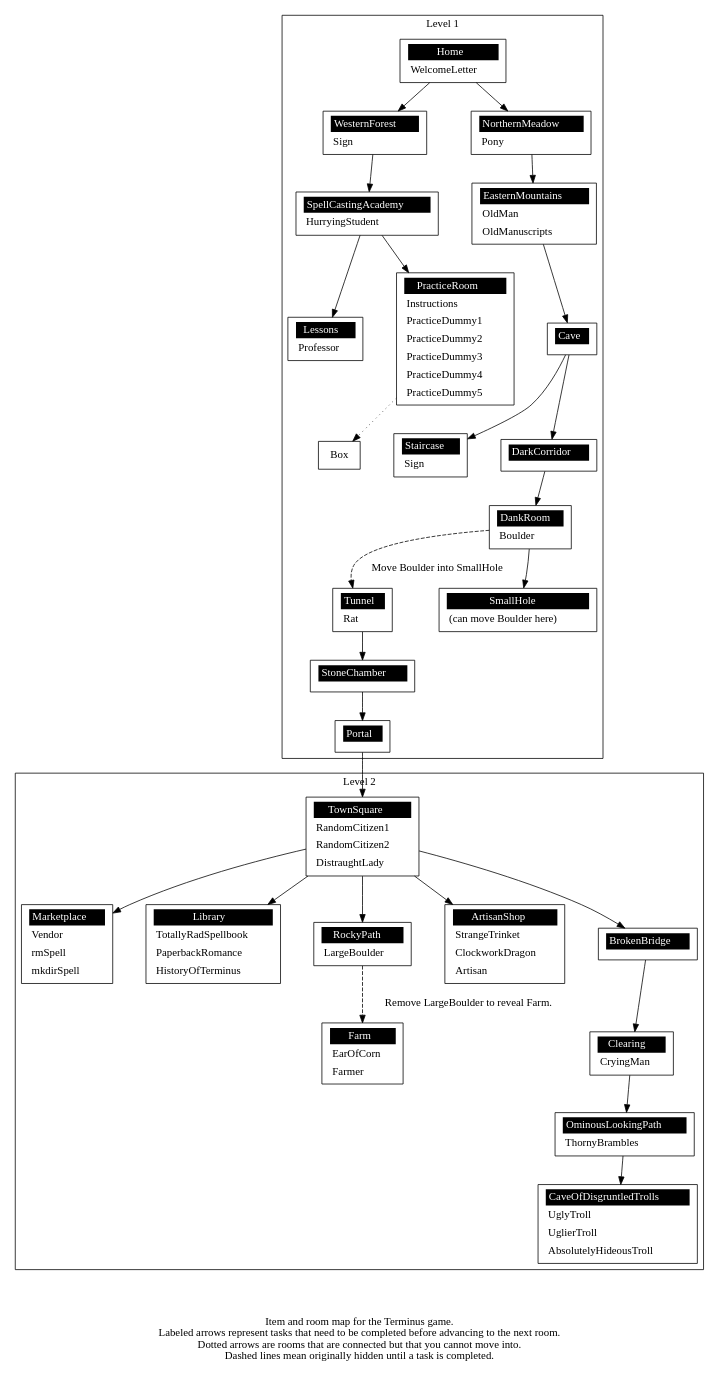
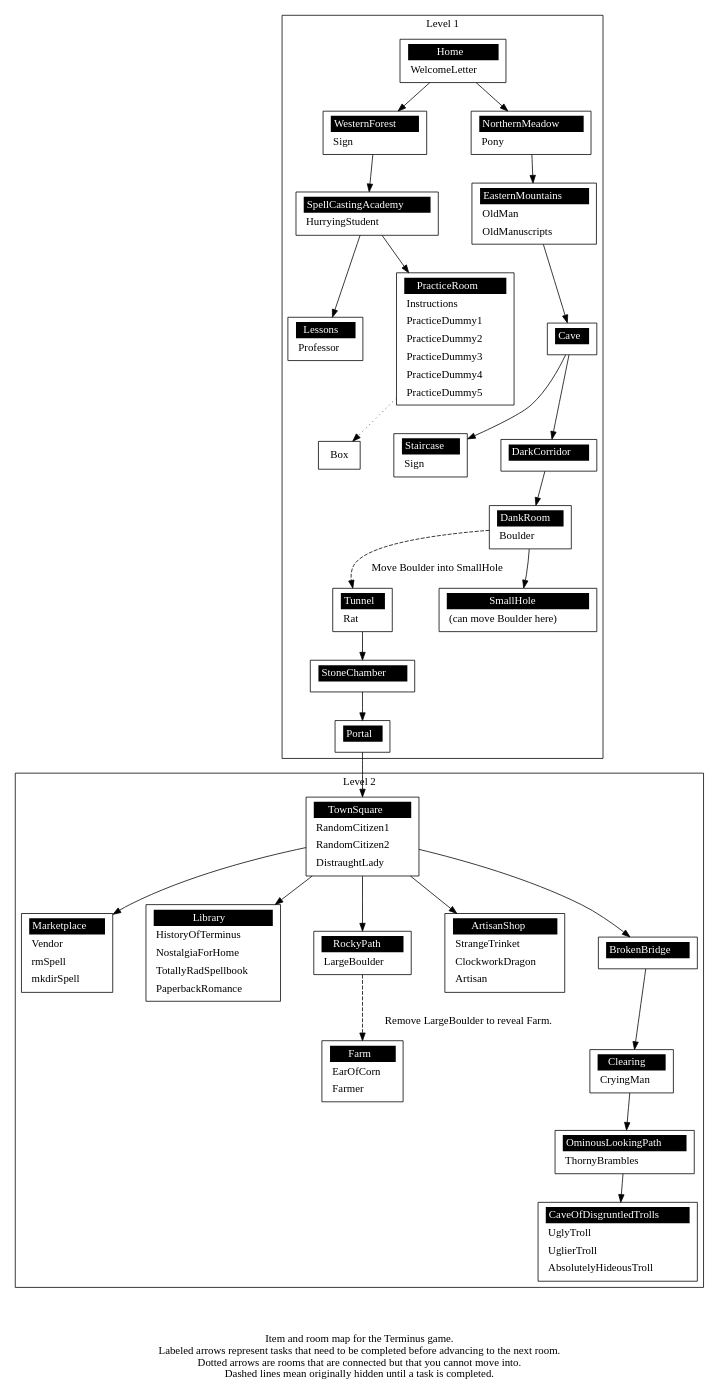
The diagram in docs/level_map.gv (mprat/Terminus), drawn with Graphviz before and after one commit. The commit also changed 8 other files, not shown here.

```diff
--- a/docs/level_map.gv
+++ b/docs/level_map.gv
@@ -123,9 +123,10 @@
 	"Library" [label = 
 	<<table border="0" cellborder="0" cellpadding="3" bgcolor="white"><tr>
 	<td bgcolor="black" align="center" colspan="2"><font color="white">Library</font></td></tr>
+	<tr><td align="left" port="r2">HistoryOfTerminus</td></tr>
+	<tr><td align="left" port="r3">NostalgiaForHome</td></tr>
 	<tr><td align="left" port="r0">TotallyRadSpellbook</td></tr>
 	<tr><td align="left" port="r1">PaperbackRomance</td></tr>
-	<tr><td align="left" port="r2">HistoryOfTerminus</td></tr>
 	</table>>];
 
 	"RockyPath" [label = 
```
